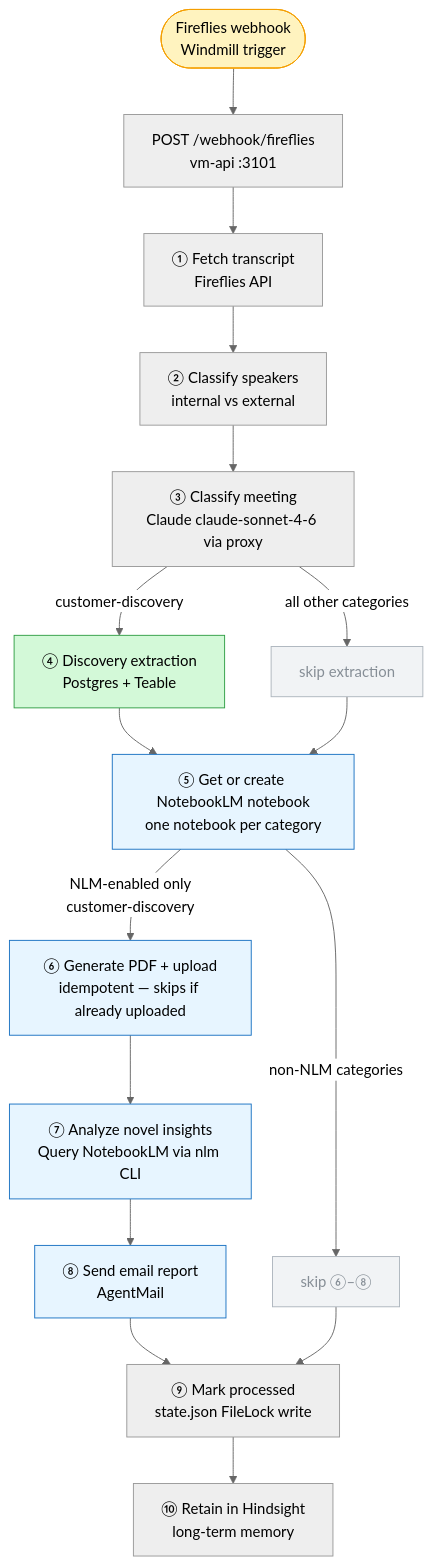
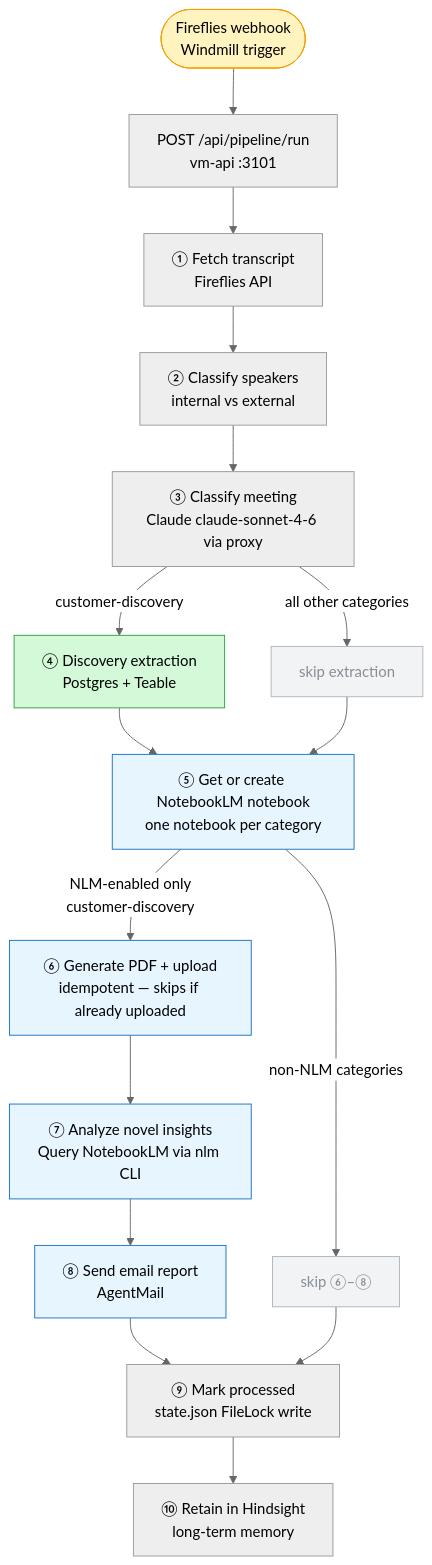
Before and after one commit to elmanGSB/automations: the diagram in vm-api/README.md, drawn with Mermaid (neutral theme). The commit also changed other lines of this file and 8 other files, not shown here.

````diff
--- a/vm-api/README.md
+++ b/vm-api/README.md
@@ -9,37 +9,37 @@
 ```mermaid
 flowchart TD
     A([Fireflies webhook\nWindmill trigger]) --> B
 
-    B[POST /webhook/fireflies\nvm-api :3101]
+    B[POST /api/pipeline/run\nvm-api :3101]
 
     B --> S1[① Fetch transcript\nFireflies API]
     S1 --> S2[② Classify speakers\ninternal vs external]
     S2 --> S3["③ Classify meeting\nClaude claude-sonnet-4-6 via proxy"]
 
     S3 -->|customer-discovery| S4["④ Discovery extraction\nPostgres + Teable"]
     S3 -->|all other categories| S4skip[skip extraction]
 
     S4 --> S5
     S4skip --> S5
 
     S5["⑤ Get or create NotebookLM notebook\none notebook per category"]
 
     S5 -->|NLM-enabled only\ncustomer-discovery| S6["⑥ Generate PDF + upload\nidempotent — skips if already uploaded"]
     S5 -->|non-NLM categories| done[skip ⑥–⑧]
 
     S6 --> S7["⑦ Analyze novel insights\nQuery NotebookLM via nlm CLI"]
     S7 --> S8["⑧ Send email report\nAgentMail"]
 
     S8 --> S9["⑨ Mark processed\nstate.json FileLock write"]
     done --> S9
     S9 --> S10["⑩ Retain in Hindsight\nlong-term memory"]
 
     style A fill:#fff3bf,stroke:#f59f00
     style S4 fill:#d3f9d8,stroke:#2f9e44
     style S4skip fill:#f1f3f5,stroke:#adb5bd,color:#868e96
     style done fill:#f1f3f5,stroke:#adb5bd,color:#868e96
     style S5 fill:#e7f5ff,stroke:#1971c2
     style S6 fill:#e7f5ff,stroke:#1971c2
     style S7 fill:#e7f5ff,stroke:#1971c2
     style S8 fill:#e7f5ff,stroke:#1971c2
 ```
````
